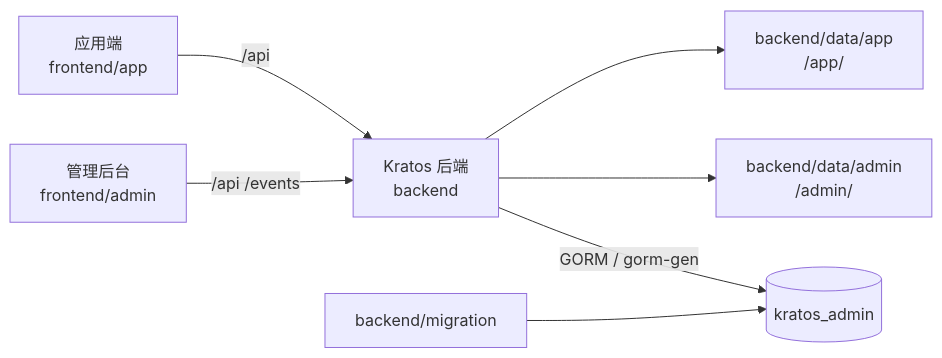
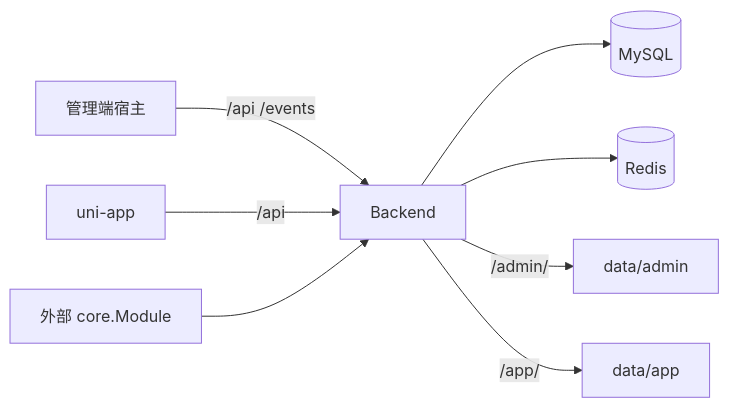
Before and after one commit to liujitcn/kratos-admin: the diagram in docs/系统总体设计.md, drawn with Mermaid. The commit also changed other lines of this file and 64 other files, not shown here.

````diff
--- a/docs/系统总体设计.md
+++ b/docs/系统总体设计.md
@@ -20,9 +22,10 @@
 ```mermaid
 flowchart LR
-  Admin["管理后台\nfrontend/admin"] -->|"/api /events"| Backend["Kratos 后端\nbackend"]
-  App["应用端\nfrontend/app"] -->|"/api"| Backend
-  Backend -->|"GORM / gorm-gen"| DB[("kratos_admin")]
-  Backend --> StaticAdmin["backend/data/admin\n/admin/"]
-  Backend --> StaticApp["backend/data/app\n/app/"]
-  Migration["backend/migration"] --> DB
+  Admin["管理端宿主"] -->|"/api /events"| Backend["Backend"]
+  App["uni-app"] -->|"/api"| Backend
+  Backend --> DB[("MySQL")]
+  Backend --> Redis[("Redis")]
+  Backend -->|"/admin/"| AdminFiles["data/admin"]
+  Backend -->|"/app/"| AppFiles["data/app"]
+  Module["外部 core.Module"] --> Backend
 ```
````
